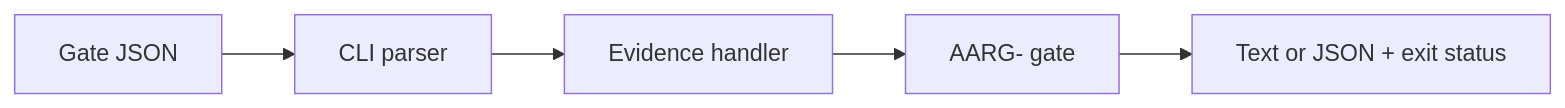
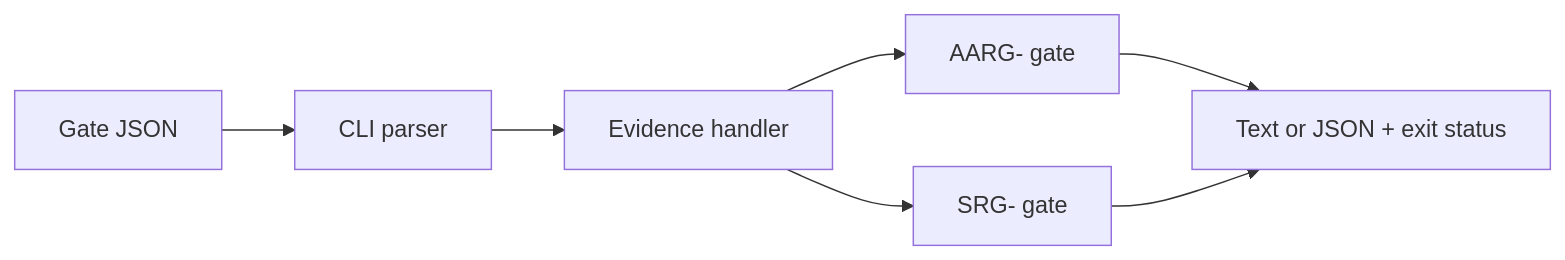
The first of 2 diagrams in src/openamp_foundry/cli/AGENTS.md (streamentry/OpenAMP-Foundry), drawn with Mermaid before and after one commit. The commit also changed other lines of this file and 18 other files, not shown here.

````diff
--- a/src/openamp_foundry/cli/AGENTS.md
+++ b/src/openamp_foundry/cli/AGENTS.md
@@ -17,5 +20,6 @@
 ```mermaid
 flowchart LR
   JSON["Gate JSON"] --> Parser["CLI parser"] --> Handler["Evidence handler"]
   Handler --> AARG["AARG- gate"] --> Output["Text or JSON + exit status"]
+  Handler --> SRG["SRG- gate"] --> Output
 ```
````
